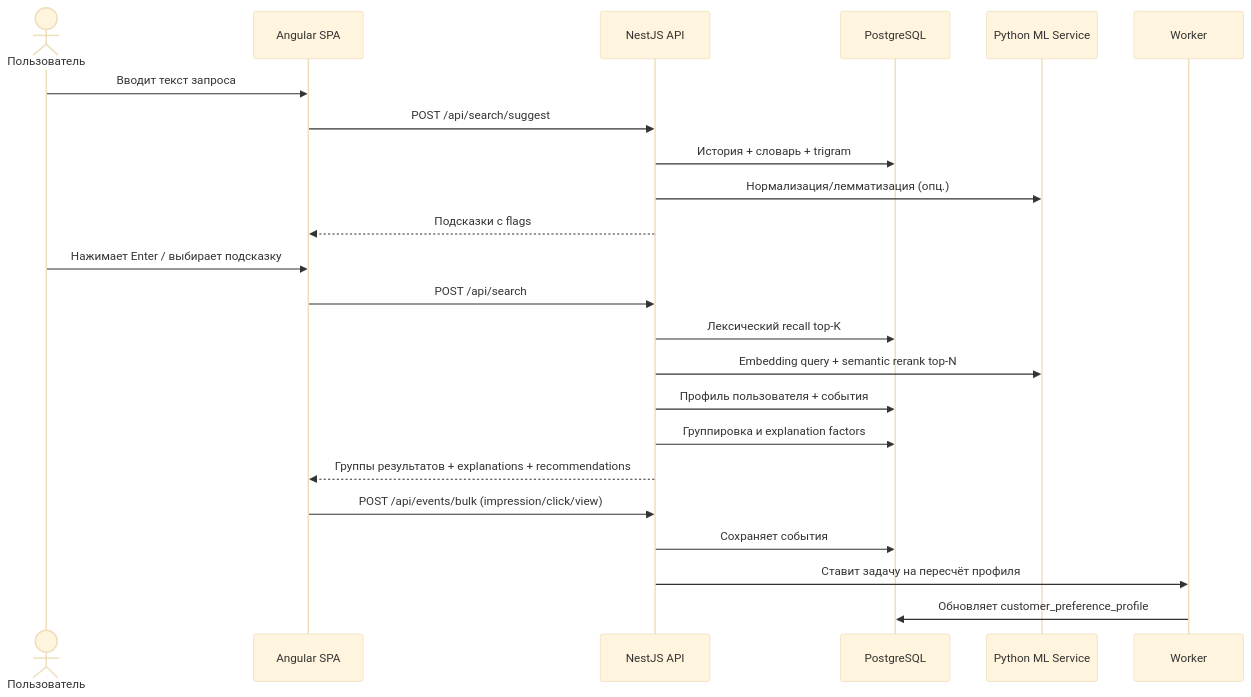
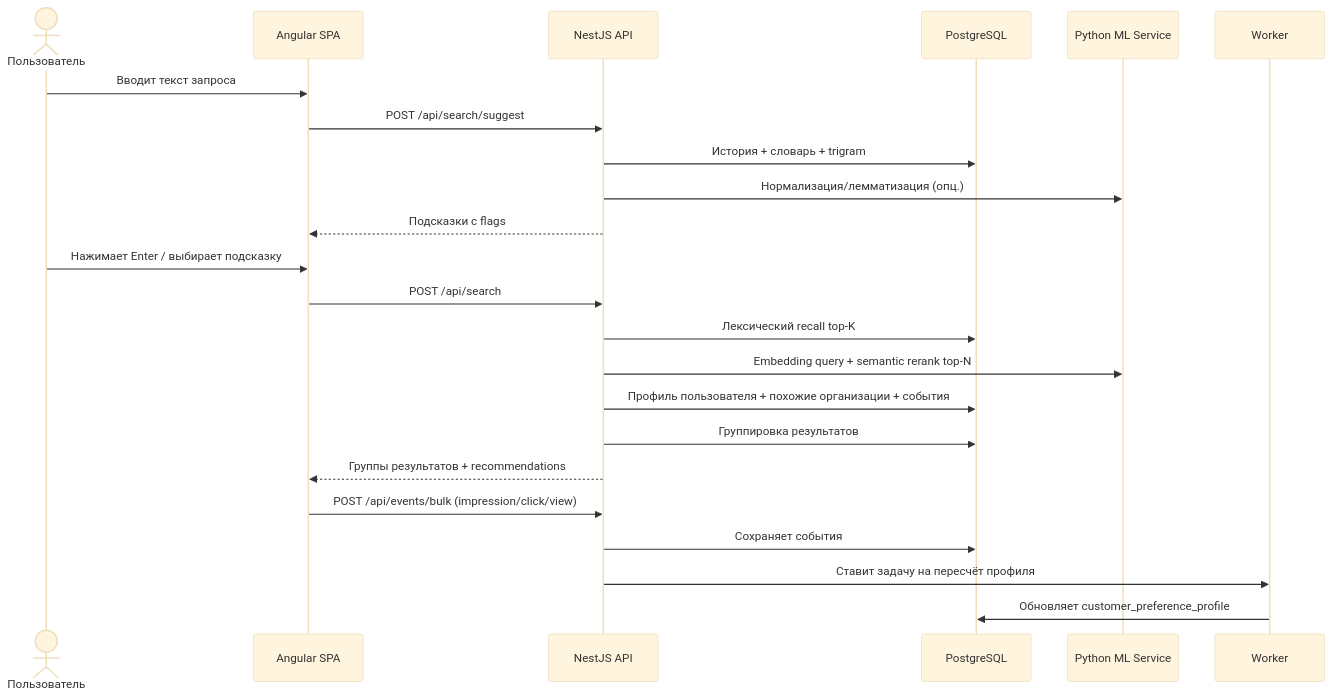
One commit to R1ikKky/intelligent-ai-search changed the third of 6 diagrams in project-spec.md. Above: the diagram before and after it, drawn with Mermaid (base theme). The commit also changed other lines of this file and 3 other files, not shown here.

````diff
--- a/project-spec.md
+++ b/project-spec.md
@@ -474,27 +504,27 @@
 ```mermaid
 sequenceDiagram
     actor User as Пользователь
     participant FE as Angular SPA
     participant API as NestJS API
     participant DB as PostgreSQL
     participant ML as Python ML Service
     participant W as Worker
 
     User->>FE: Вводит текст запроса
     FE->>API: POST /api/search/suggest
     API->>DB: История + словарь + trigram
     API->>ML: Нормализация/лемматизация (опц.)
     API-->>FE: Подсказки с flags
 
     User->>FE: Нажимает Enter / выбирает подсказку
     FE->>API: POST /api/search
     API->>DB: Лексический recall top-K
     API->>ML: Embedding query + semantic rerank top-N
-    API->>DB: Профиль пользователя + события
-    API->>DB: Группировка и explanation factors
-    API-->>FE: Группы результатов + explanations + recommendations
+    API->>DB: Профиль пользователя + похожие организации + события
+    API->>DB: Группировка результатов
+    API-->>FE: Группы результатов + recommendations
     FE->>API: POST /api/events/bulk (impression/click/view)
     API->>DB: Сохраняет события
     API->>W: Ставит задачу на пересчёт профиля
     W->>DB: Обновляет customer_preference_profile
 ```
````
